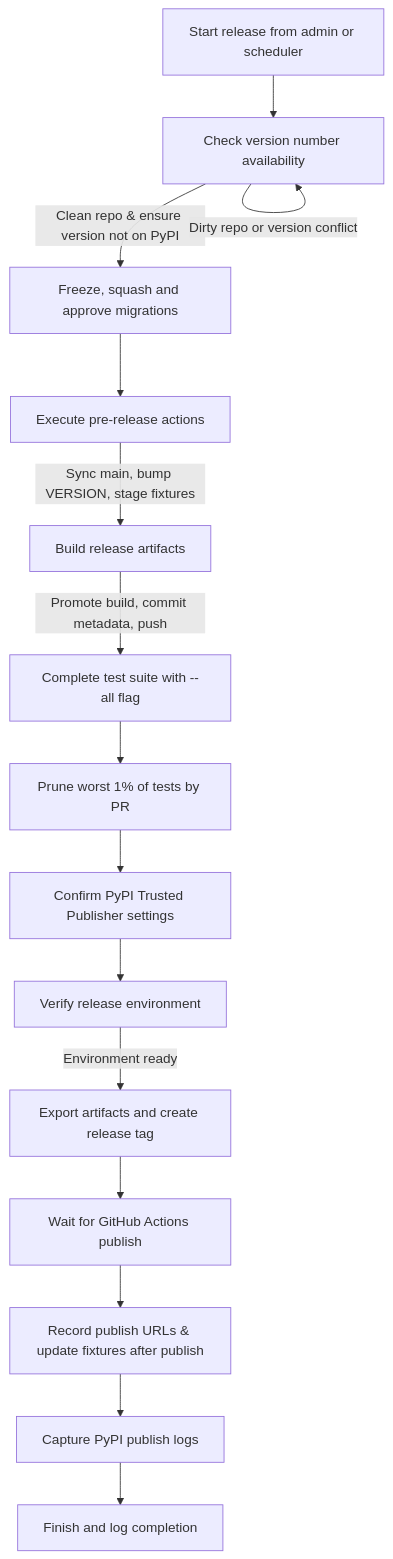
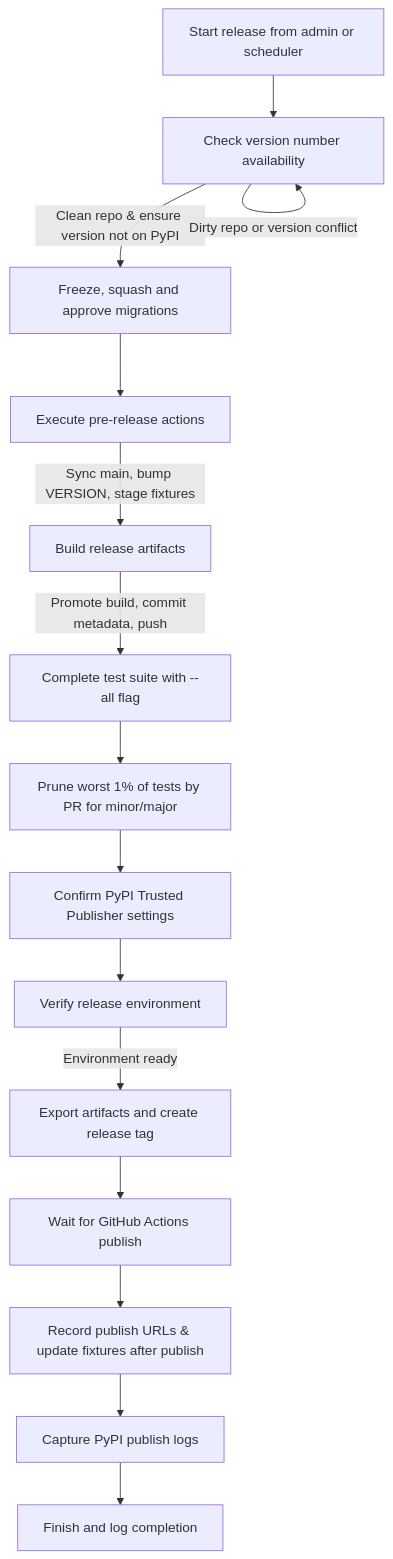
Before and after one commit to arthexis/arthexis: the diagram in docs/development/package-release-process.md, drawn with Mermaid. The commit also changed other lines of this file and 14 other files, not shown here.

````diff
--- a/docs/development/package-release-process.md
+++ b/docs/development/package-release-process.md
@@ -5,17 +5,17 @@
 ```mermaid
 flowchart TD
     A[Start release from admin or scheduler] --> B[Check version number availability]
     B -->|Clean repo & ensure version not on PyPI| C[Freeze, squash and approve migrations]
     C --> D[Execute pre-release actions]
     D -->|Sync main, bump VERSION, stage fixtures| E[Build release artifacts]
     E -->|Promote build, commit metadata, push| F[Complete test suite with --all flag]
-    F --> P[Prune worst 1% of tests by PR]
+    F --> P[Prune worst 1% of tests by PR for minor/major]
     P --> TP[Confirm PyPI Trusted Publisher settings]
     TP --> G[Verify release environment]
     G -->|Environment ready| H[Export artifacts and create release tag]
     H --> I[Wait for GitHub Actions publish]
     I --> J[Record publish URLs & update fixtures after publish]
     J --> K[Capture PyPI publish logs]
     K --> L[Finish and log completion]
     B -->|Dirty repo or version conflict| B
 ```
````
